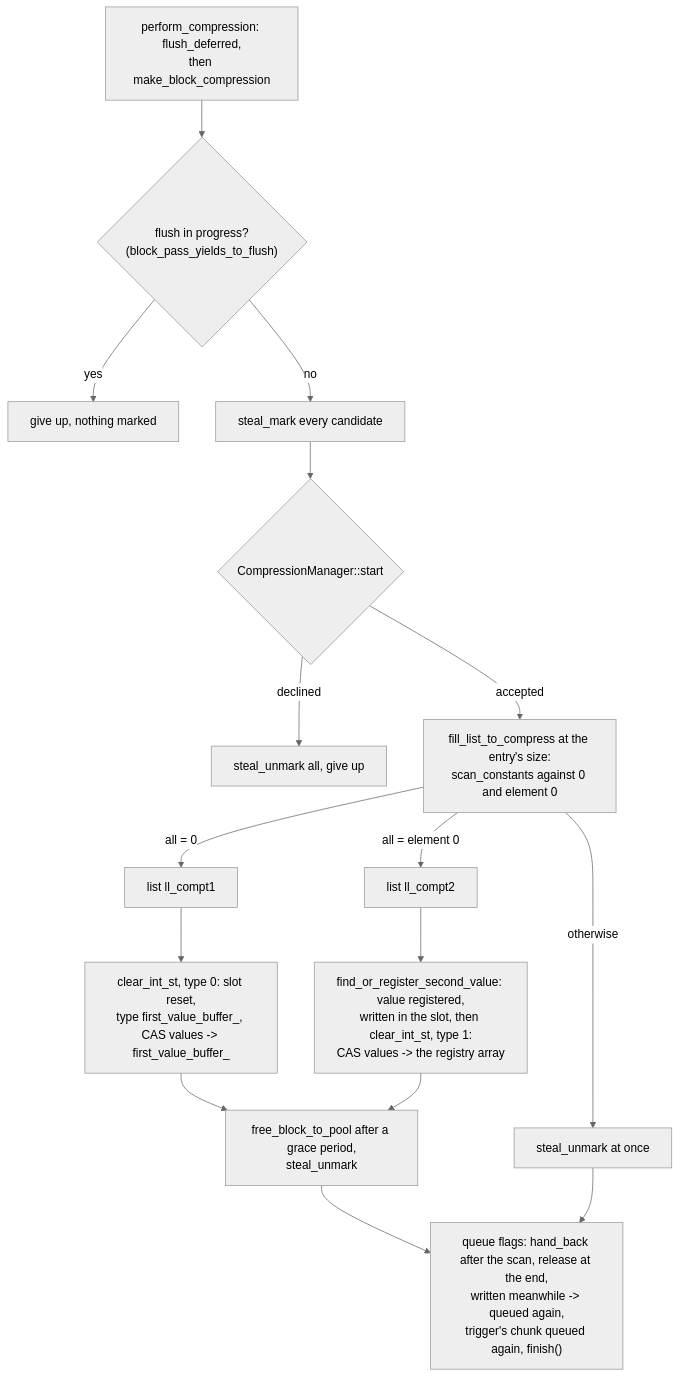
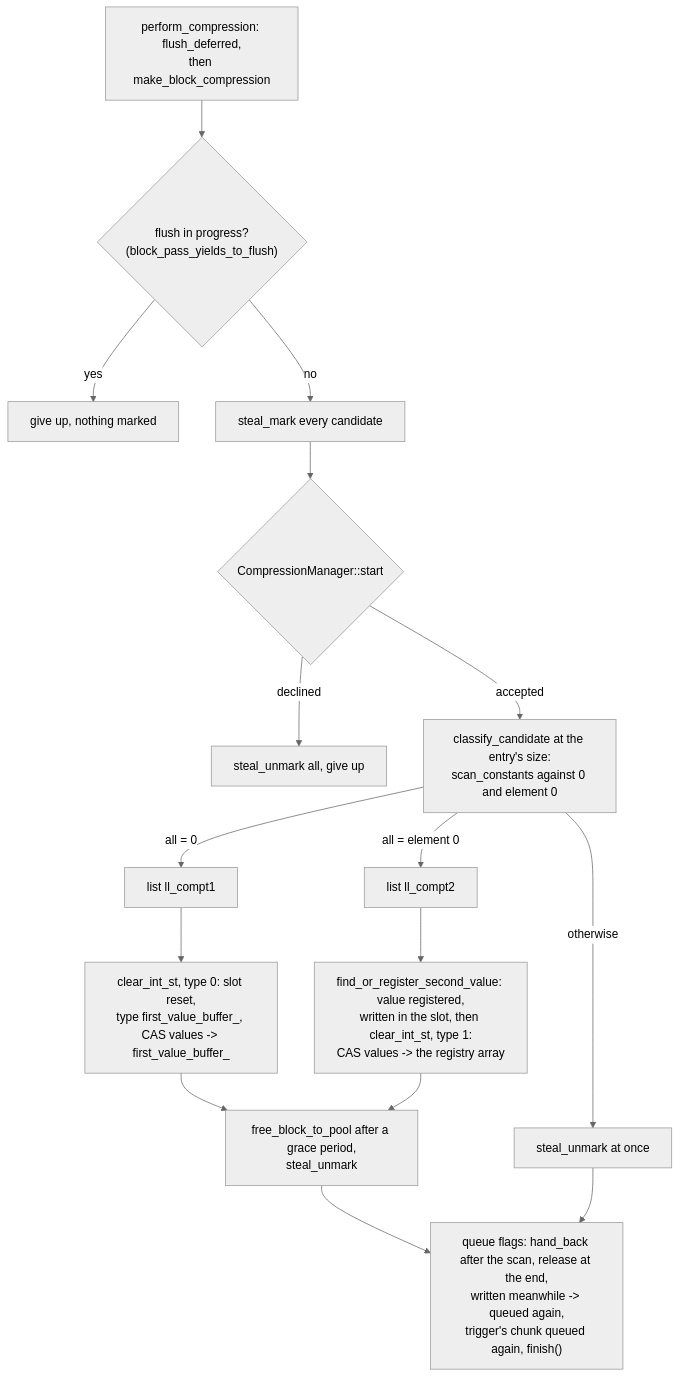
Before and after one commit to cea-hpc/shrink-array: the first of 2 diagrams in docs/algo_zero_any.md, drawn with Mermaid (neutral theme). The commit also changed other lines of this file and 71 other files, not shown here.

First line of the commit message:
The *_to_compress* and const1/const2 names are the candidate and first/second-value names

````diff
--- a/docs/algo_zero_any.md
+++ b/docs/algo_zero_any.md
@@ -133,18 +133,18 @@
 ```mermaid
 flowchart TD
     A["perform_compression: flush_deferred,<br/>then make_block_compression"] --> B{"flush in progress?<br/>(block_pass_yields_to_flush)"}
     B -->|yes| B1["give up, nothing marked"]
     B -->|no| C["steal_mark every candidate"]
     C --> D{"CompressionManager::start"}
     D -->|declined| D1["steal_unmark all, give up"]
-    D -->|accepted| E["fill_list_to_compress at the entry's size:<br/>scan_constants against 0 and element 0"]
+    D -->|accepted| E["classify_candidate at the entry's size:<br/>scan_constants against 0 and element 0"]
     E -->|"all = 0"| F["list ll_compt1"]
     E -->|"all = element 0"| G["list ll_compt2"]
     E -->|"otherwise"| N["steal_unmark at once"]
     F --> F1["clear_int_st, type 0: slot reset,<br/>type first_value_buffer_, CAS values -> first_value_buffer_"]
     G --> G1["find_or_register_second_value: value registered,<br/>written in the slot, then clear_int_st, type 1:<br/>CAS values -> the registry array"]
     F1 --> R["free_block_to_pool after a grace period,<br/>steal_unmark"]
     G1 --> R
     R --> K["queue flags: hand_back after the scan, release at the end,<br/>written meanwhile -> queued again,<br/>trigger's chunk queued again, finish()"]
     N --> K
 ```
````
